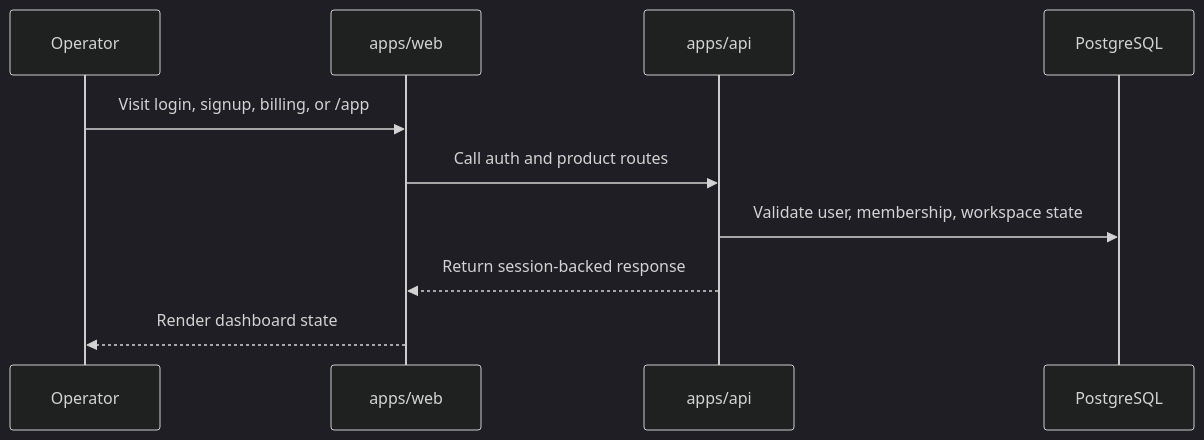
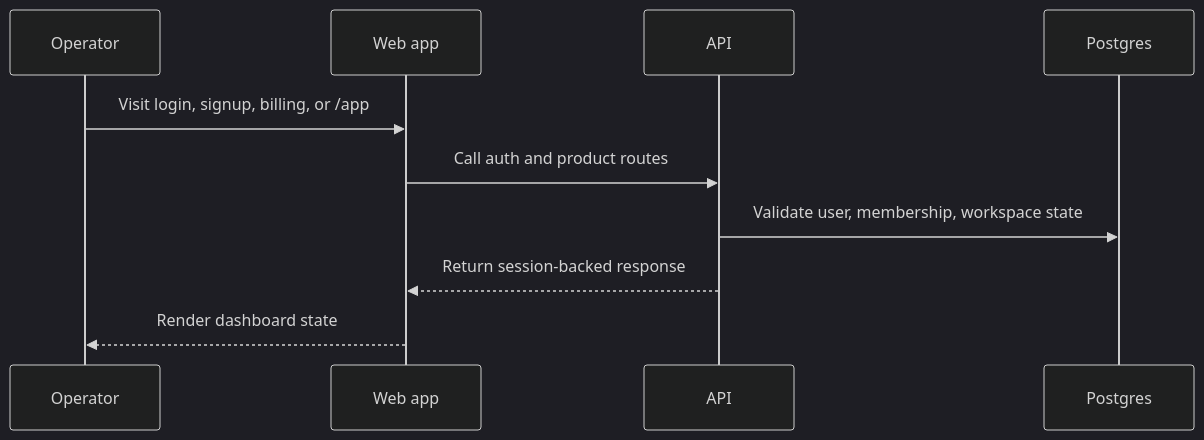
One commit to SavioCodes/VOWGRID-API changed the second of 5 diagrams in docs/ARCHITECTURE.md. Above: the diagram before and after it, drawn with Mermaid (dark theme). The commit also changed other lines of this file and 9 other files, not shown here.

````diff
--- a/docs/ARCHITECTURE.md
+++ b/docs/ARCHITECTURE.md
@@ -103,13 +103,13 @@
 ```mermaid
 sequenceDiagram
   participant User as Operator
-  participant Web as apps/web
-  participant API as apps/api
-  participant DB as PostgreSQL
+  participant Web as Web app
+  participant API as API
+  participant DB as Postgres
 
   User->>Web: Visit login, signup, billing, or /app
   Web->>API: Call auth and product routes
   API->>DB: Validate user, membership, workspace state
   API-->>Web: Return session-backed response
   Web-->>User: Render dashboard state
 ```
````
